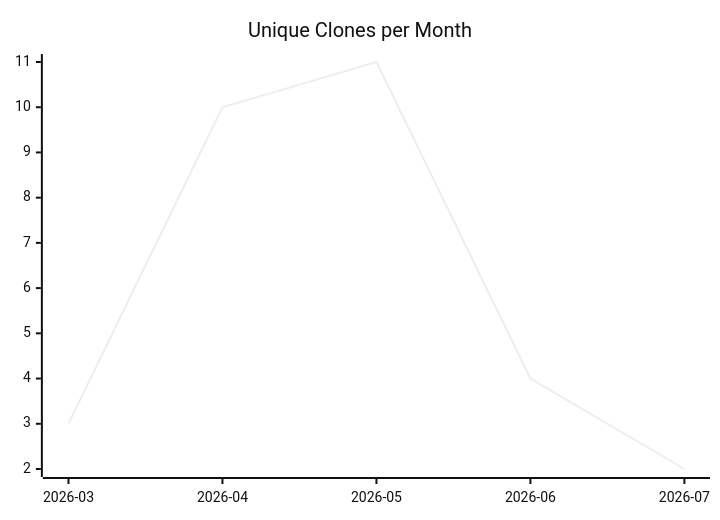
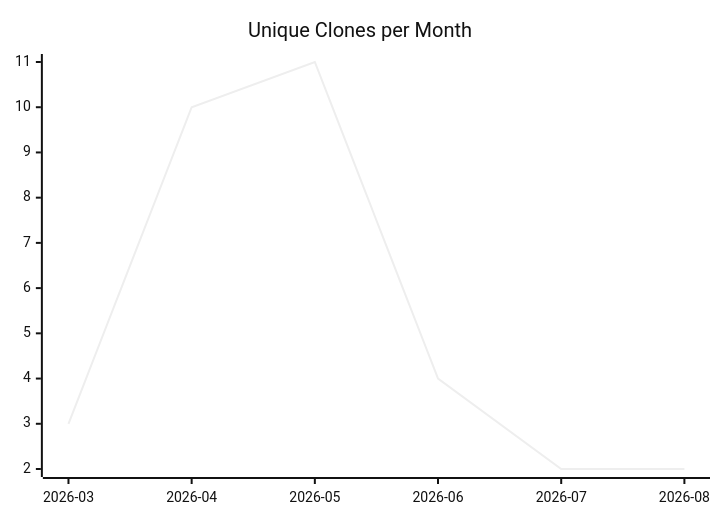
One commit to justdavis-family/github-analytics-data changed the third of 3 diagrams in karlmdavis/bbonfhir-dev-infra-docker/README.md. Above: the diagram before and after it, drawn with Mermaid (neutral theme). The commit also changed other lines of this file and 184 other files, not shown here.

````diff
--- a/karlmdavis/bbonfhir-dev-infra-docker/README.md
+++ b/karlmdavis/bbonfhir-dev-infra-docker/README.md
@@ -19,6 +19,6 @@
 ```mermaid
 xychart-beta
   title "Unique Clones per Month"
-  x-axis ["2026-03", "2026-04", "2026-05", "2026-06", "2026-07"]
-  line [3, 10, 11, 4, 2]
+  x-axis ["2026-03", "2026-04", "2026-05", "2026-06", "2026-07", "2026-08"]
+  line [3, 10, 11, 4, 2, 2]
 ```
````
